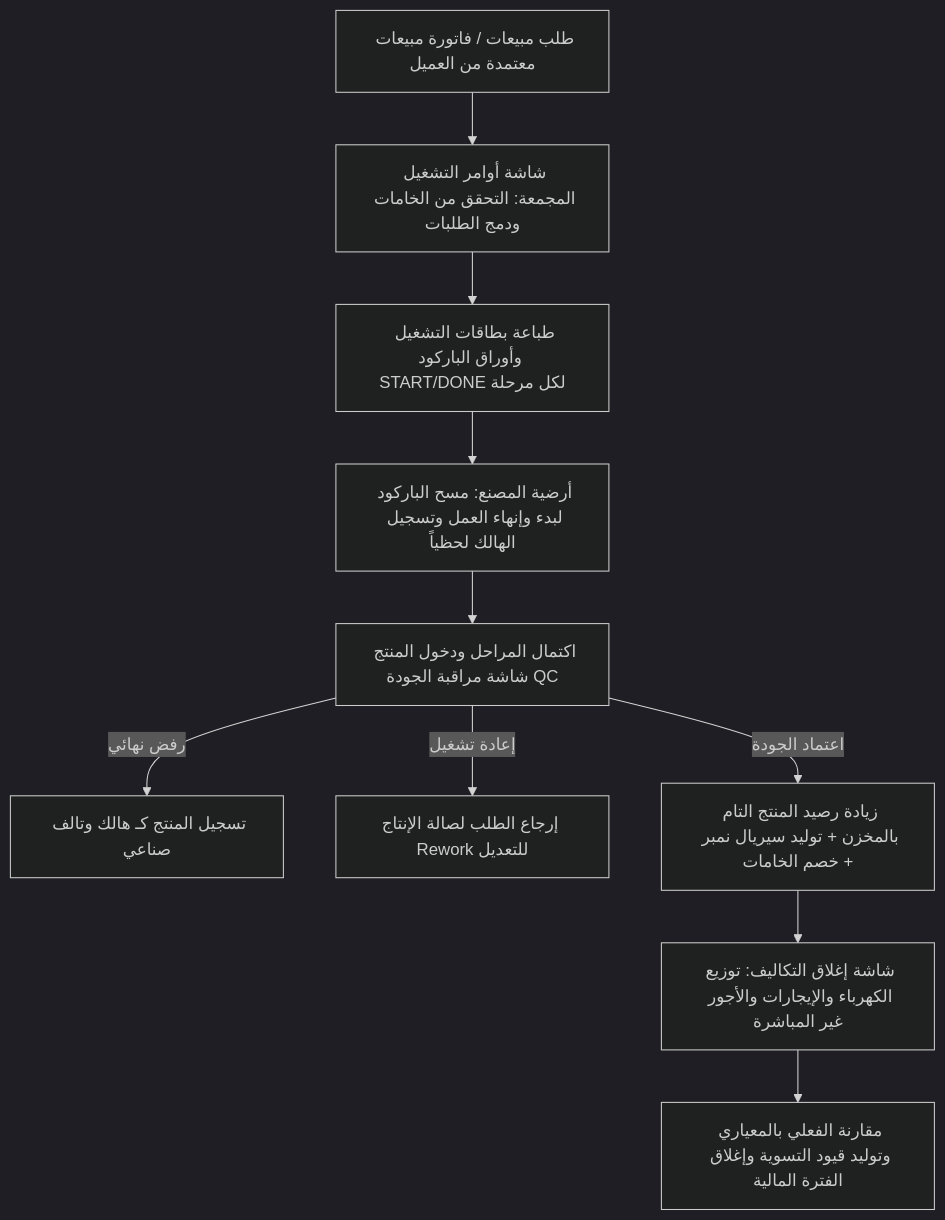
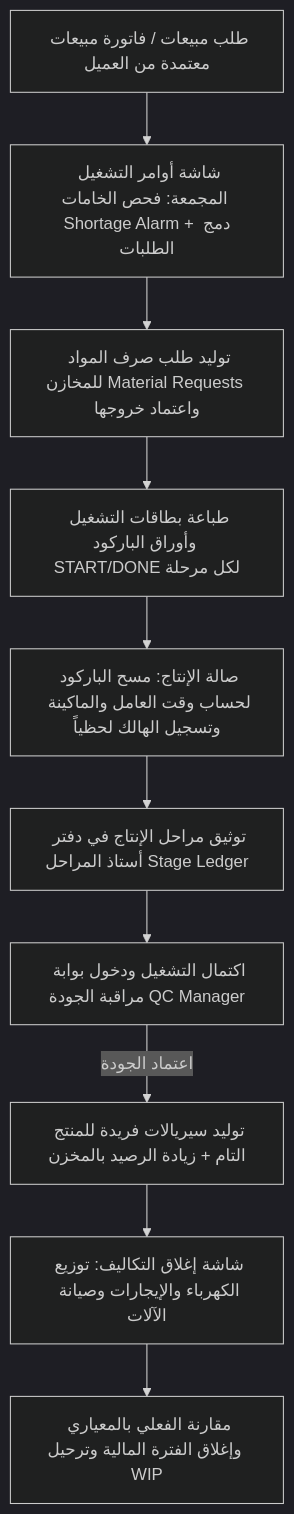
The diagram in manufacturing_guide.md (mahmodelrakhawey-svg/TriPro-ERP), drawn with Mermaid (dark theme) before and after one commit. The commit also changed other lines of this file and 24 other files, not shown here.

````diff
--- a/manufacturing_guide.md
+++ b/manufacturing_guide.md
@@ -75,12 +99,12 @@
 ```mermaid
 graph TD
-    A[طلب مبيعات / فاتورة مبيعات معتمدة من العميل] --> B[شاشة أوامر التشغيل المجمعة: التحقق من الخامات ودمج الطلبات]
-    B --> C[طباعة بطاقات التشغيل وأوراق الباركود START/DONE لكل مرحلة]
-    C --> D[أرضية المصنع: مسح الباركود لبدء وإنهاء العمل وتسجيل الهالك لحظياً]
-    D --> E[اكتمال المراحل ودخول المنتج شاشة مراقبة الجودة QC]
-    E -->|رفض نهائي| F[تسجيل المنتج كـ هالك وتالف صناعي]
-    E -->|إعادة تشغيل| G[إرجاع الطلب لصالة الإنتاج Rework للتعديل]
-    E -->|اعتماد الجودة| H[زيادة رصيد المنتج التام بالمخزن + توليد سيريال نمبر + خصم الخامات]
-    H --> I[شاشة إغلاق التكاليف: توزيع الكهرباء والإيجارات والأجور غير المباشرة]
-    I --> J[مقارنة الفعلي بالمعياري وتوليد قيود التسوية وإغلاق الفترة المالية]
+    A[طلب مبيعات / فاتورة مبيعات معتمدة من العميل] --> B[شاشة أوامر التشغيل المجمعة: فحص الخامات Shortage Alarm + دمج الطلبات]
+    B --> C[توليد طلب صرف المواد للمخازن Material Requests واعتماد خروجها]
+    C --> D[طباعة بطاقات التشغيل وأوراق الباركود START/DONE لكل مرحلة]
+    D --> E[صالة الإنتاج: مسح الباركود لحساب وقت العامل والماكينة وتسجيل الهالك لحظياً]
+    E --> F[توثيق مراحل الإنتاج في دفتر أستاذ المراحل Stage Ledger]
+    F --> G[اكتمال التشغيل ودخول بوابة مراقبة الجودة QC Manager]
+    G -->|اعتماد الجودة| H[توليد سيريالات فريدة للمنتج التام + زيادة الرصيد بالمخزن]
+    H --> I[شاشة إغلاق التكاليف: توزيع الكهرباء والإيجارات وصيانة الآلات]
+    I --> J[مقارنة الفعلي بالمعياري وإغلاق الفترة المالية وترحيل WIP]
 ```
````
